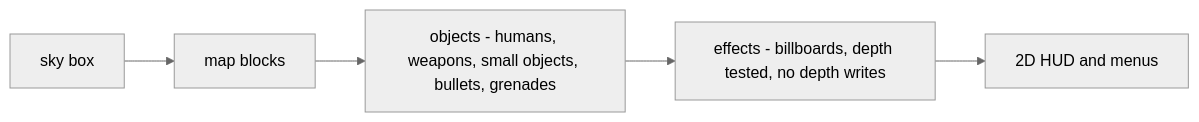
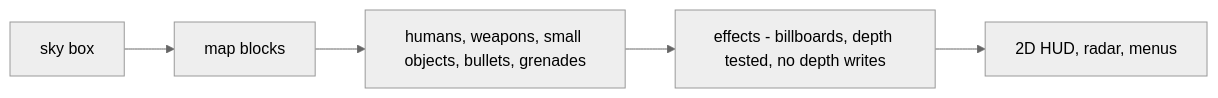
Before and after one commit to BlaCkinkGJ/xops-rs: the second of 2 diagrams in README.md, drawn with Mermaid (neutral theme). The commit also changed other lines of this file and 11 other files, not shown here.

````diff
--- a/README.md
+++ b/README.md
@@ -119,4 +117,4 @@
 ```mermaid
 flowchart LR
-	sky["sky box"] --> map["map blocks"] --> obj["objects - humans, weapons, small objects, bullets, grenades"] --> fx["effects - billboards, depth tested, no depth writes"] --> hud["2D HUD and menus"]
+	sky["sky box"] --> map["map blocks"] --> obj["humans, weapons, small objects, bullets, grenades"] --> fx["effects - billboards, depth tested, no depth writes"] --> hud["2D HUD, radar, menus"]
 ```
````
